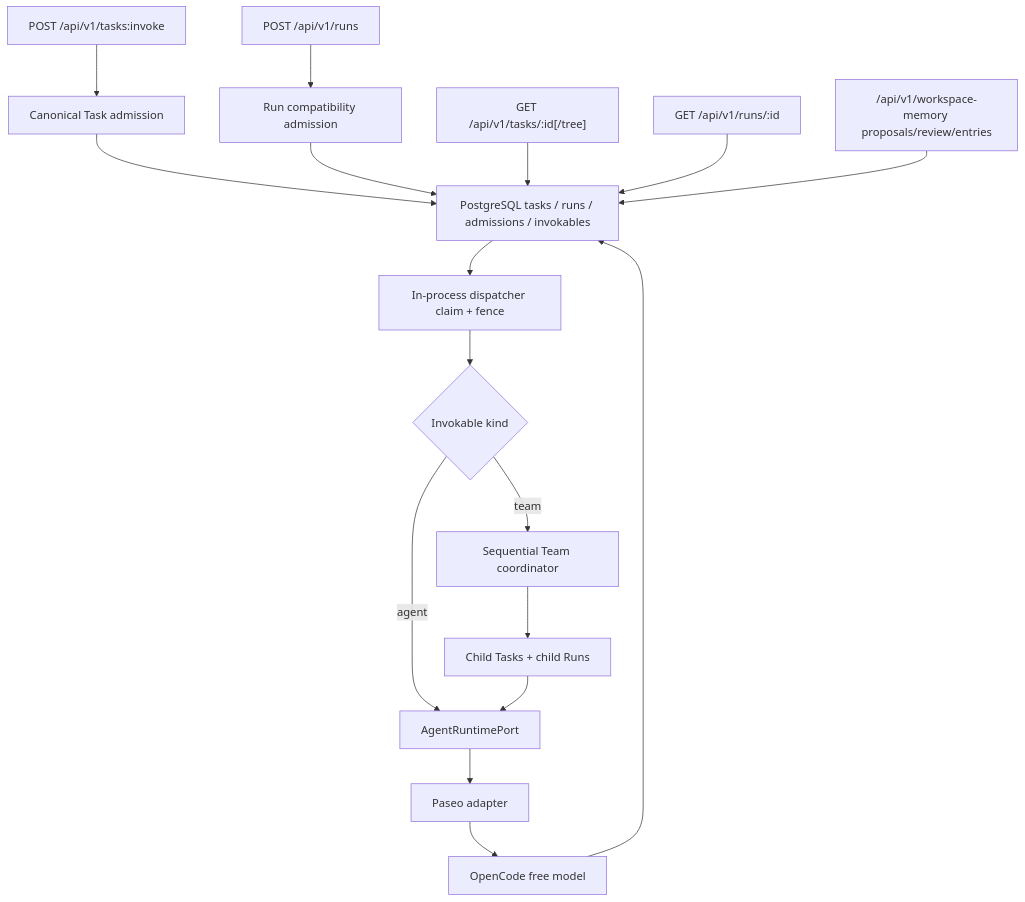
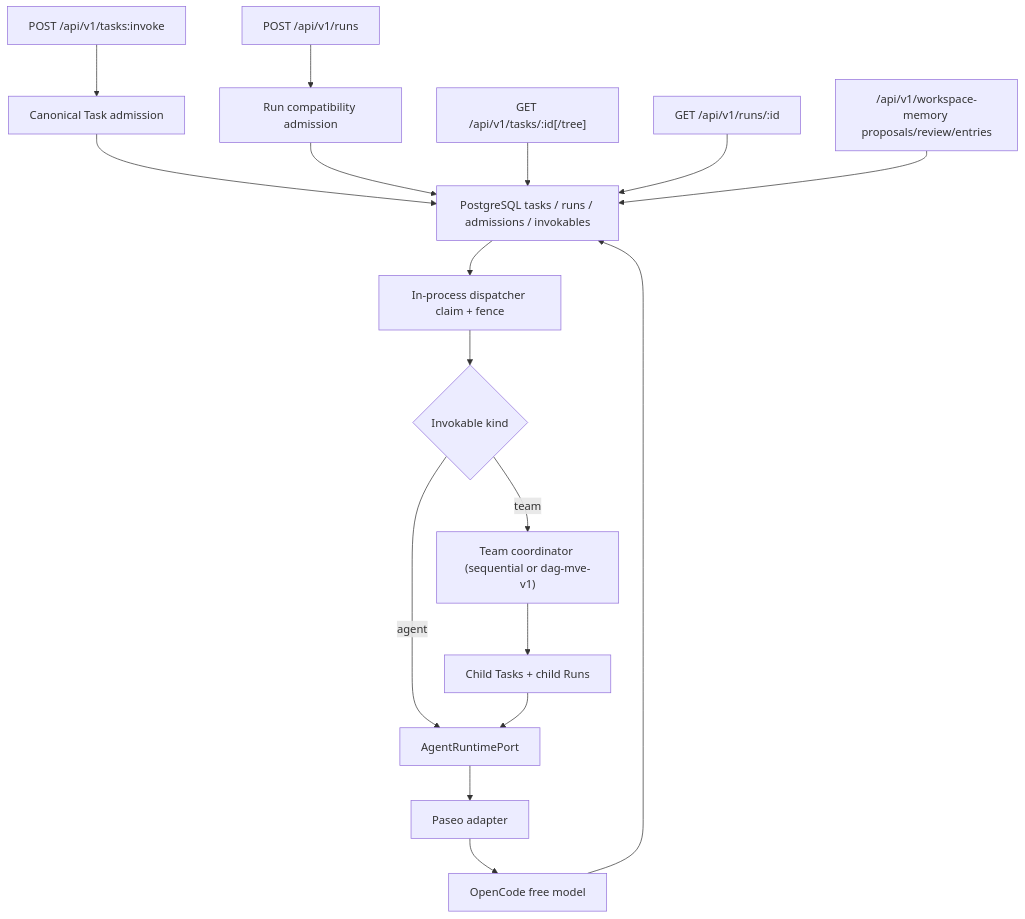
The diagram in README.md (atomlink-ye/agent-server), drawn with Mermaid before and after one commit. The commit also changed other lines of this file and 50 other files, not shown here.

Commit message:
Add control-plane team DAG MVE

````diff
--- a/README.md
+++ b/README.md
@@ -7,19 +7,19 @@
 ```mermaid
 flowchart TD
     A["POST /api/v1/tasks:invoke"] --> B["Canonical Task admission"]
     J["POST /api/v1/runs"] --> C["Run compatibility admission"]
     B --> D["PostgreSQL tasks / runs / admissions / invokables"]
     C --> D
     D --> E["In-process dispatcher claim + fence"]
     E --> F{"Invokable kind"}
     F -->|agent| G["AgentRuntimePort"]
-    F -->|team| H["Sequential Team coordinator"]
+    F -->|team| H["Team coordinator (sequential or dag-mve-v1)"]
     H --> I["Child Tasks + child Runs"]
     I --> G
     G --> K["Paseo adapter"]
     K --> L["OpenCode free model"]
     L --> D
     M["GET /api/v1/tasks/:id[/tree]"] --> D
     N["GET /api/v1/runs/:id"] --> D
     O["/api/v1/workspace-memory proposals/review/entries"] --> D
 ```
````
